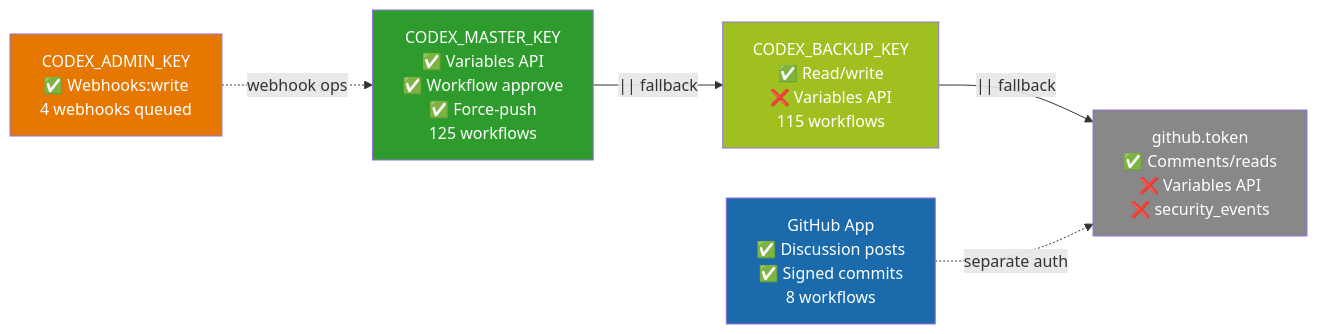
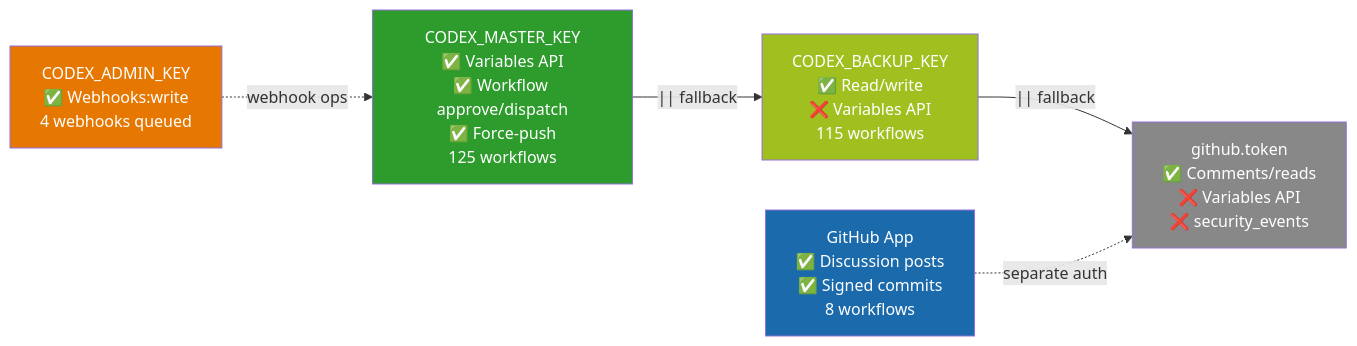
The fourth of 6 diagrams in docs/plans/PR4356_session_diagram.md (Aries-Serpent/_codex_), drawn with Mermaid before and after one commit. The commit also changed other lines of this file and 7 other files, not shown here.

First line of the commit message:
docs(S868): full sweep — session diagram, whats_next, CHANGELOG, accountability, plan dashboard, CB tasks Phase 9, docs consolidation map

````diff
--- a/docs/plans/PR4356_session_diagram.md
+++ b/docs/plans/PR4356_session_diagram.md
@@ -99,18 +150,18 @@
 ```mermaid
 graph LR
-    T1["CODEX_MASTER_KEY\n✅ Variables API\n✅ Workflow approve\n✅ Force-push\n125 workflows"]
+    T1["CODEX_MASTER_KEY\n✅ Variables API\n✅ Workflow approve/dispatch\n✅ Force-push\n125 workflows"]
     T2["CODEX_BACKUP_KEY\n✅ Read/write\n❌ Variables API\n115 workflows"]
     T3["CODEX_ADMIN_KEY\n✅ Webhooks:write\n4 webhooks queued"]
     T4["GitHub App\n✅ Discussion posts\n✅ Signed commits\n8 workflows"]
     T5["github.token\n✅ Comments/reads\n❌ Variables API\n❌ security_events"]
 
     T1 -->|"|| fallback"| T2 -->|"|| fallback"| T5
     T3 -.->|"webhook ops"| T1
     T4 -.->|"separate auth"| T5
 
     style T1 fill:#2d9c2d,color:#fff
     style T2 fill:#a0c020,color:#fff
     style T3 fill:#e67700,color:#fff
     style T4 fill:#1a6aac,color:#fff
     style T5 fill:#888,color:#fff
 ```
````
